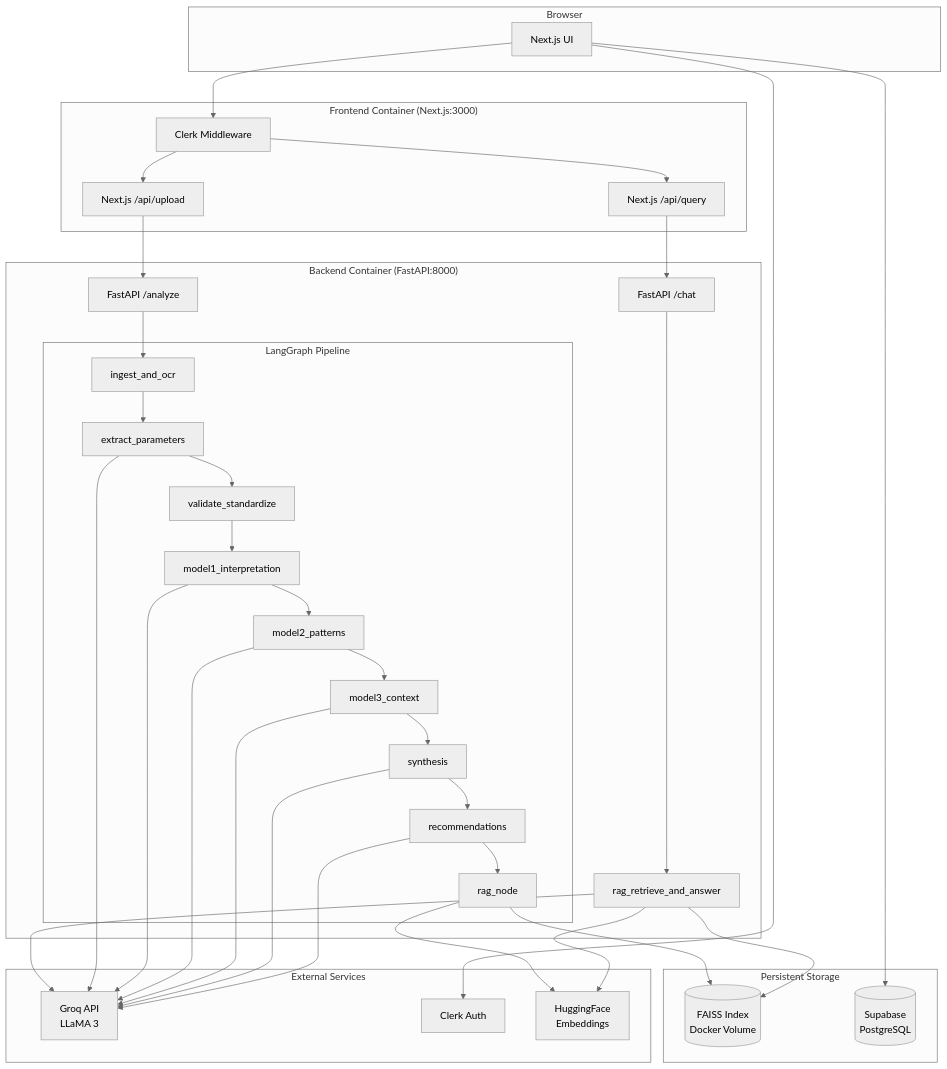
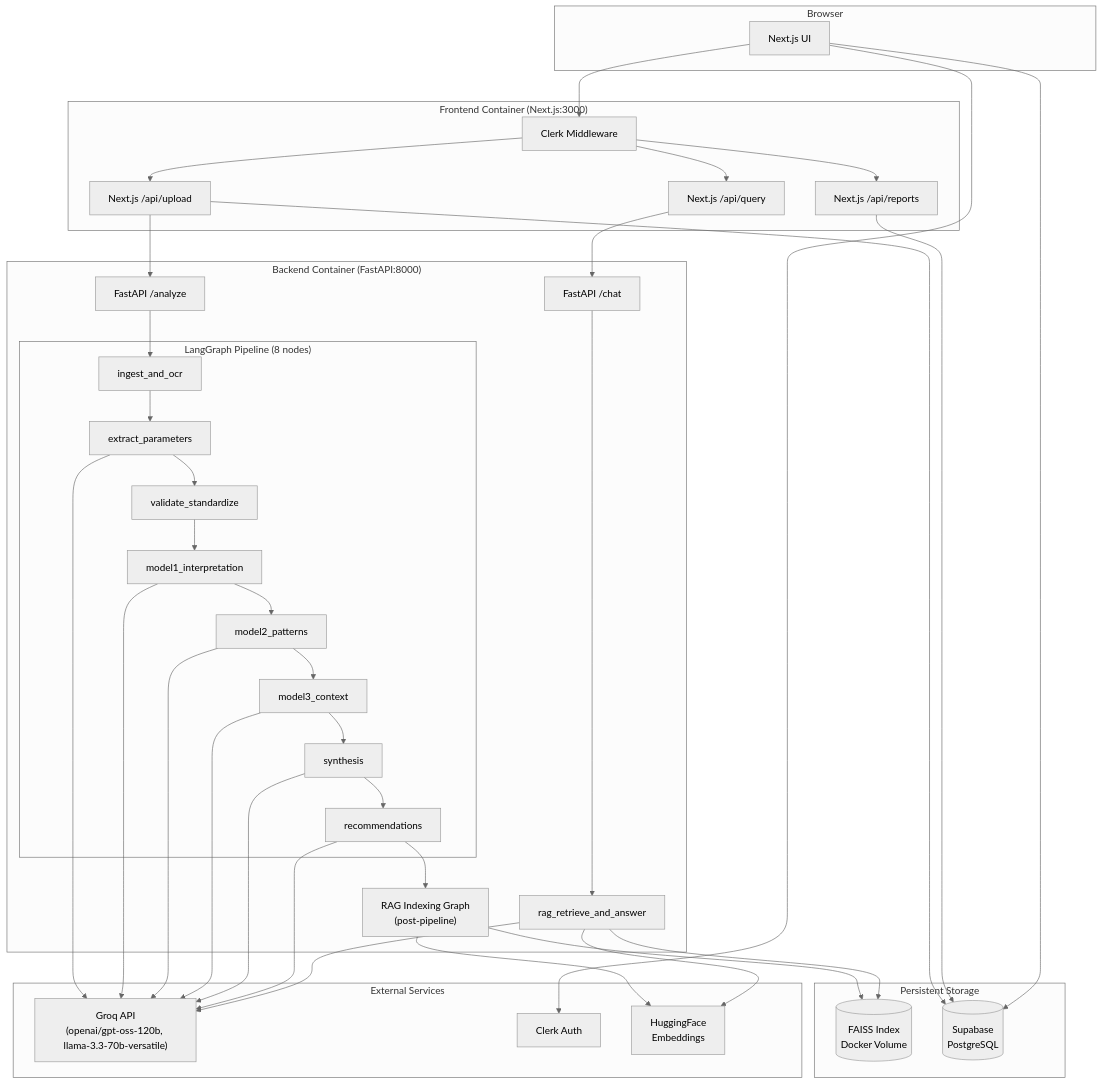
One commit to Likithsatya192/Multi-Model-AI-Agent-for-Health-Diagnostics changed the third of 3 diagrams in README.md. Above: the diagram before and after it, drawn with Mermaid (neutral theme). The commit also changed other lines of this file, not shown here.

Commit message:
docs(readme): add report endpoints, clarify LLM models, and fix RAG pipeline  architecture

````diff
--- a/README.md
+++ b/README.md
@@ -83,51 +88,55 @@
 ```mermaid
 flowchart TD
     subgraph Client["Browser"]
         UI[Next.js UI]
     end
 
     subgraph Frontend["Frontend Container (Next.js:3000)"]
         MW[Clerk Middleware]
         API_U["Next.js /api/upload"]
         API_Q["Next.js /api/query"]
+        API_R["Next.js /api/reports"]
     end
 
     subgraph Backend["Backend Container (FastAPI:8000)"]
         AZ["FastAPI /analyze"]
         CH["FastAPI /chat"]
-        subgraph Pipeline["LangGraph Pipeline"]
+        subgraph Pipeline["LangGraph Pipeline (8 nodes)"]
             N1[ingest_and_ocr]
             N2[extract_parameters]
             N3[validate_standardize]
             N4[model1_interpretation]
             N5[model2_patterns]
             N6[model3_context]
             N7[synthesis]
             N8[recommendations]
-            N9[rag_node]
         end
+        RAG_IDX["RAG Indexing Graph\n(post-pipeline)"]
         RAG[rag_retrieve_and_answer]
     end
 
     subgraph Storage["Persistent Storage"]
         FAISS[(FAISS Index\nDocker Volume)]
         SB[(Supabase\nPostgreSQL)]
     end
 
     subgraph External["External Services"]
-        GROQ[Groq API\nLLaMA 3]
+        GROQ["Groq API\n(openai/gpt-oss-120b, llama-3.3-70b-versatile)"]
         CLERK[Clerk Auth]
         HF[HuggingFace\nEmbeddings]
     end
 
-    UI --> MW --> API_U & API_Q
-    API_U --> AZ --> N1 --> N2 --> N3 --> N4 --> N5 --> N6 --> N7 --> N8 --> N9
-    N9 --> FAISS
+    UI --> MW --> API_U & API_Q & API_R
+    API_U --> AZ --> N1 --> N2 --> N3 --> N4 --> N5 --> N6 --> N7 --> N8
+    N8 --> RAG_IDX
+    N2 & N4 & N5 & N6 & N7 & N8 --> GROQ
+    RAG_IDX --> FAISS
+    RAG_IDX --> HF
+    API_U --> SB
     API_Q --> CH --> RAG --> FAISS
     RAG --> GROQ
-    N2 & N4 & N5 & N6 & N7 & N8 --> GROQ
-    N9 --> HF
     RAG --> HF
+    API_R --> SB
     UI --> CLERK
     UI --> SB
 ```
````
